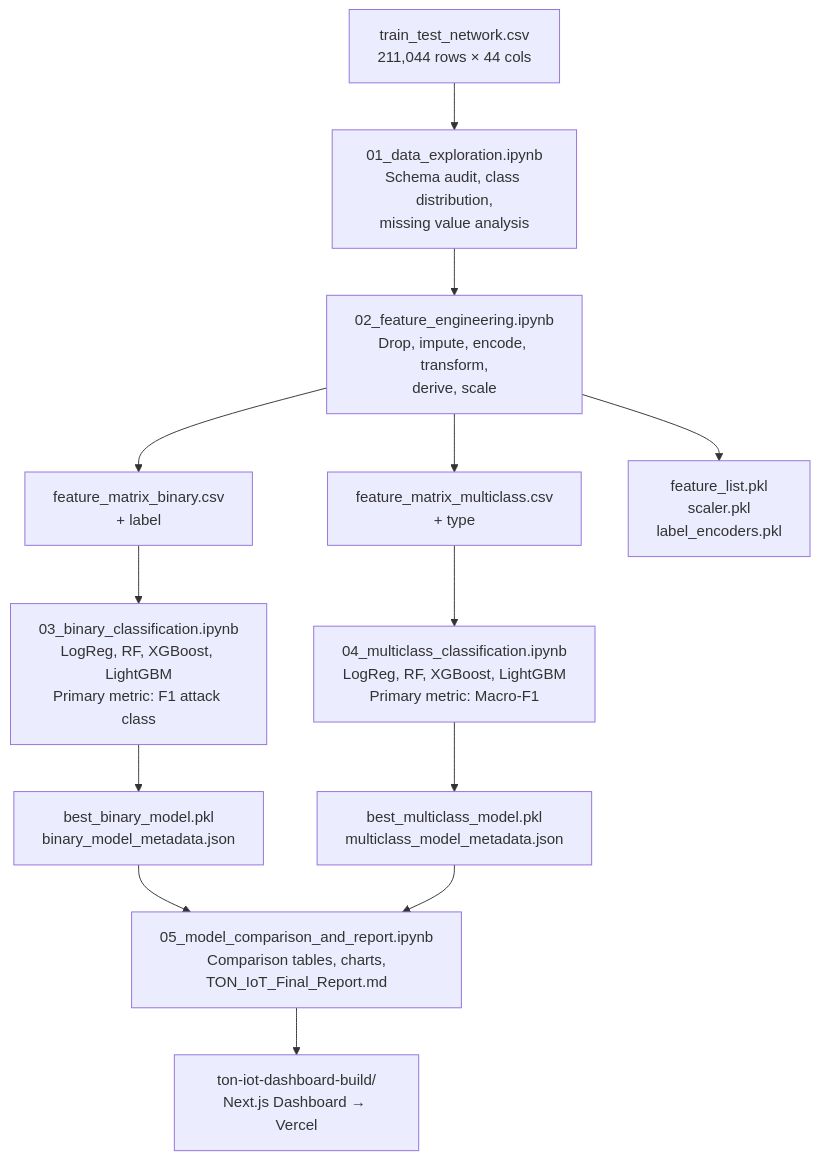
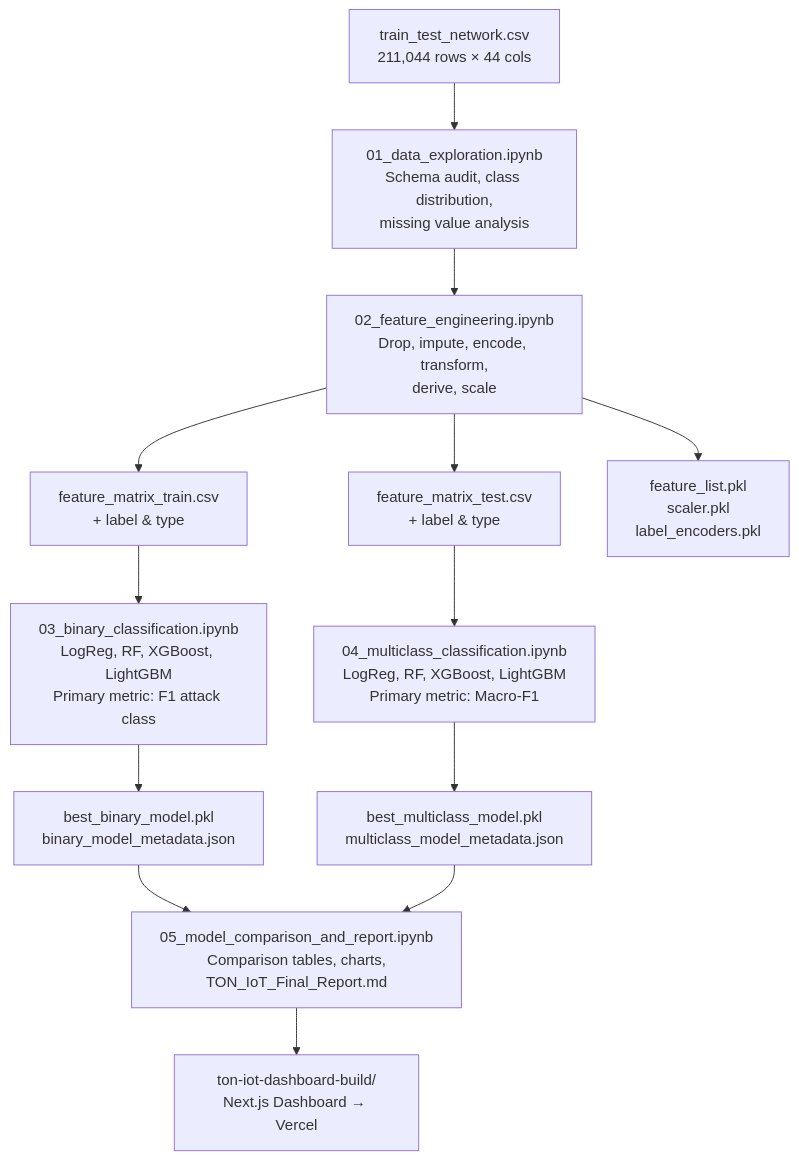
Before and after one commit to Kshitiz-Khandelwal/healthcare-code: the diagram in ton-iot-project/TON_IoT_Flow_Diagram.md, drawn with Mermaid. The commit also changed other lines of this file and 22 other files, not shown here.

````diff
--- a/ton-iot-project/TON_IoT_Flow_Diagram.md
+++ b/ton-iot-project/TON_IoT_Flow_Diagram.md
@@ -93,15 +93,15 @@
 ```mermaid
 graph TD
     A["train_test_network.csv\n211,044 rows × 44 cols"] --> B["01_data_exploration.ipynb\nSchema audit, class distribution,\nmissing value analysis"]
     B --> C["02_feature_engineering.ipynb\nDrop, impute, encode, transform,\nderive, scale"]
-    C --> D["feature_matrix_binary.csv\n+ label"]
-    C --> E["feature_matrix_multiclass.csv\n+ type"]
+    C --> D["feature_matrix_train.csv\n+ label & type"]
+    C --> E["feature_matrix_test.csv\n+ label & type"]
     C --> F["feature_list.pkl\nscaler.pkl\nlabel_encoders.pkl"]
     D --> G["03_binary_classification.ipynb\nLogReg, RF, XGBoost, LightGBM\nPrimary metric: F1 attack class"]
     E --> H["04_multiclass_classification.ipynb\nLogReg, RF, XGBoost, LightGBM\nPrimary metric: Macro-F1"]
     G --> I["best_binary_model.pkl\nbinary_model_metadata.json"]
     H --> J["best_multiclass_model.pkl\nmulticlass_model_metadata.json"]
     I --> K["05_model_comparison_and_report.ipynb\nComparison tables, charts,\nTON_IoT_Final_Report.md"]
     J --> K
     K --> L["ton-iot-dashboard-build/\nNext.js Dashboard → Vercel"]
 ```
````
